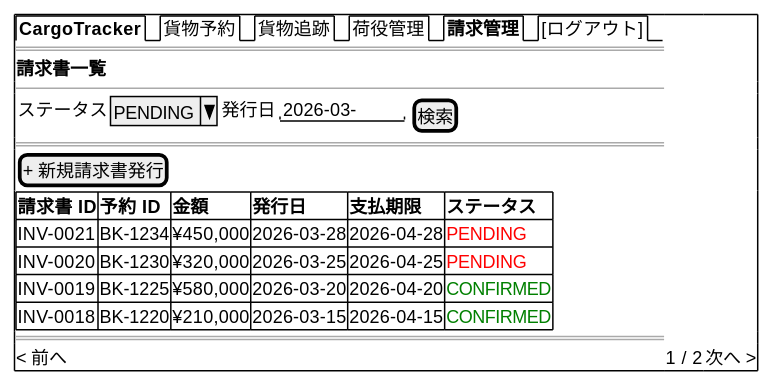
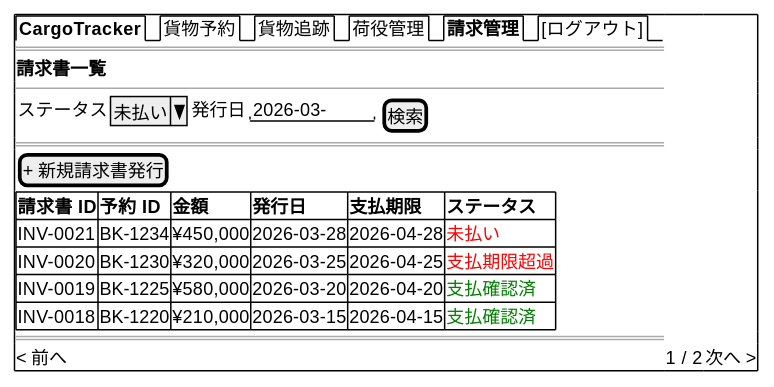
Before and after one commit to k2works/case-study-cargo-tracker: diagram 19 of 23 in docs/design/ui_design.md, drawn with PlantUML. The commit also changed other lines of this file, not shown here.

````diff
--- a/docs/design/ui_design.md
+++ b/docs/design/ui_design.md
@@ -767,24 +1040,24 @@
 ```plantuml
 @startsalt
 {+
   {/ <b>CargoTracker</b> | 貨物予約 | 貨物追跡 | 荷役管理 | <b>請求管理</b> | [ログアウト] }
   ==
   <b>請求書一覧</b>
   --
   {
-    ステータス | ^PENDING^ | 発行日 | "2026-03-  " | [検索]
+    ステータス | ^未払い^ | 発行日 | "2026-03-  " | [検索]
   }
   ==
   [+ 新規請求書発行]
   {#
     **請求書 ID** | **予約 ID** | **金額** | **発行日**   | **支払期限** | **ステータス**
-    INV-0021      | BK-1234     | ¥450,000 | 2026-03-28   | 2026-04-28   | <color:red>PENDING</color>
-    INV-0020      | BK-1230     | ¥320,000 | 2026-03-25   | 2026-04-25   | <color:red>PENDING</color>
-    INV-0019      | BK-1225     | ¥580,000 | 2026-03-20   | 2026-04-20   | <color:green>CONFIRMED</color>
-    INV-0018      | BK-1220     | ¥210,000 | 2026-03-15   | 2026-04-15   | <color:green>CONFIRMED</color>
+    INV-0021      | BK-1234     | ¥450,000 | 2026-03-28   | 2026-04-28   | <color:red>未払い</color>
+    INV-0020      | BK-1230     | ¥320,000 | 2026-03-25   | 2026-04-25   | <color:red>支払期限超過</color>
+    INV-0019      | BK-1225     | ¥580,000 | 2026-03-20   | 2026-04-20   | <color:green>支払確認済</color>
+    INV-0018      | BK-1220     | ¥210,000 | 2026-03-15   | 2026-04-15   | <color:green>支払確認済</color>
   }
   ==
   < 前へ | 1 / 2 | 次へ >
 }
 @endsalt
 ```
````
